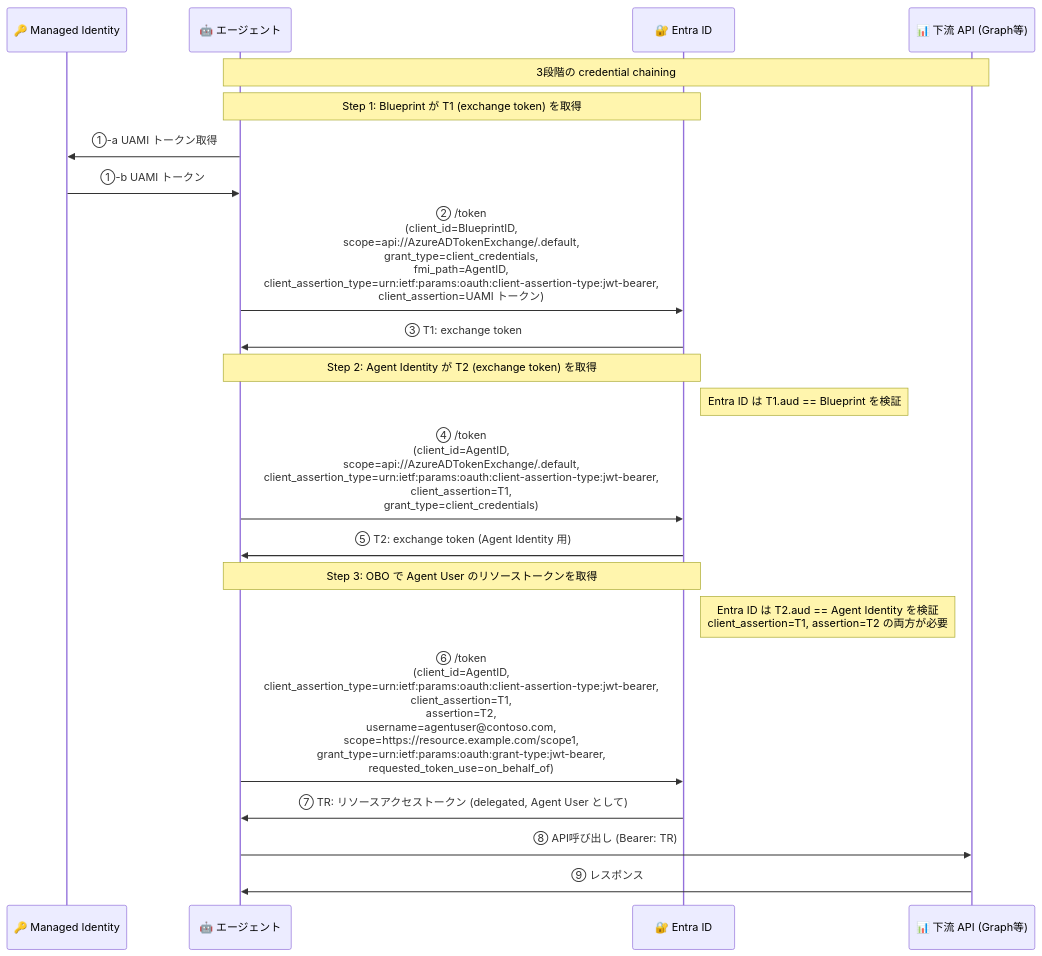
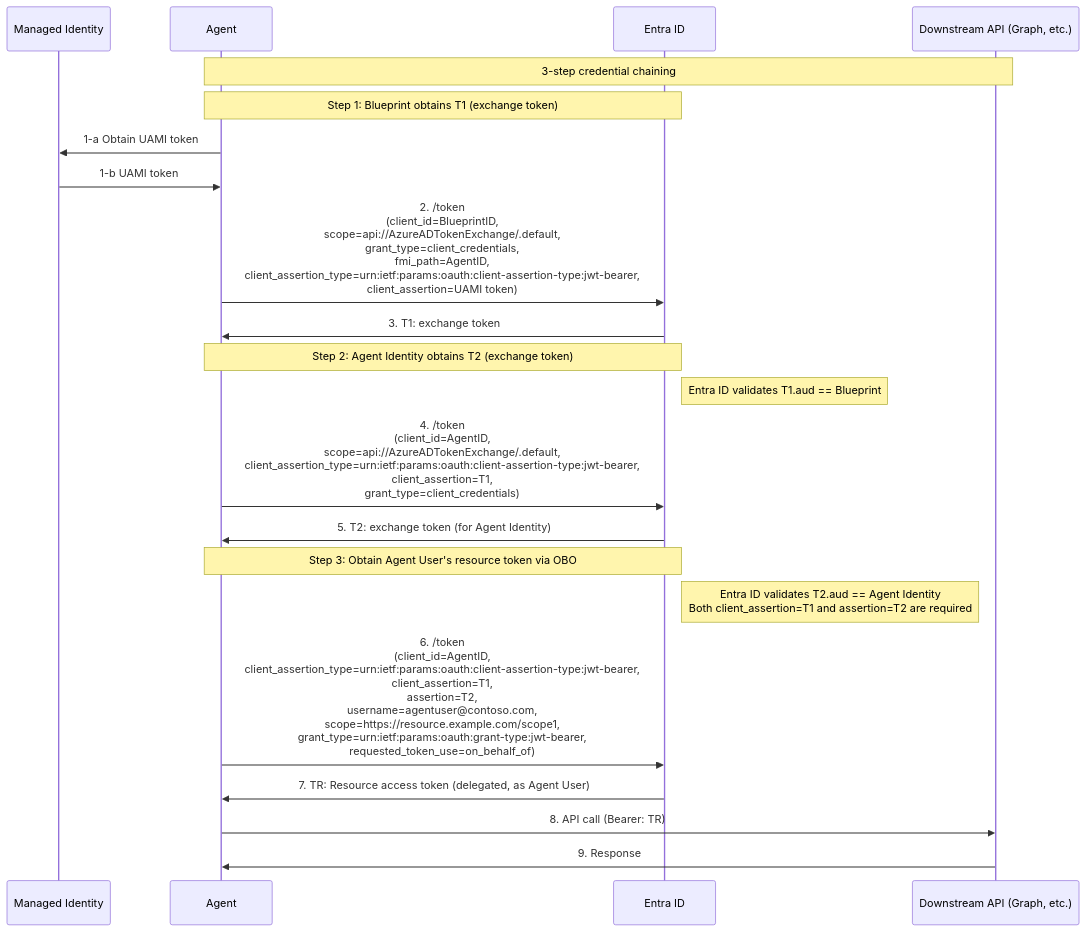
The fifth of 8 diagrams in docs/agent-identity-oauth-flow-comparison.md (shigeyf/entra-agent-id-auth-flow-demo), drawn with Mermaid before and after one commit. The commit also changed other lines of this file and 23 other files, not shown here.

````diff
--- a/docs/agent-identity-oauth-flow-comparison.md
+++ b/docs/agent-identity-oauth-flow-comparison.md
@@ -189,28 +192,28 @@
 ```mermaid
 sequenceDiagram
-    participant MSI as 🔑 Managed Identity
-    participant A as 🤖 エージェント
-    participant E as 🔐 Entra ID
-    participant G as 📊 下流 API (Graph等)
+    participant MSI as Managed Identity
+    participant A as Agent
+    participant E as Entra ID
+    participant G as Downstream API (Graph, etc.)
 
-    Note over A,G: 3段階の credential chaining
+    Note over A,G: 3-step credential chaining
 
-    Note over A,E: Step 1: Blueprint が T1 (exchange token) を取得
-    A->>MSI: ①-a UAMI トークン取得
-    MSI->>A: ①-b UAMI トークン
-    A->>E: ② /token<br/>(client_id=BlueprintID,<br/>scope=api://AzureADTokenExchange/.default,<br/>grant_type=client_credentials,<br/>fmi_path=AgentID,<br/>client_assertion_type=urn:ietf:params:oauth:client-assertion-type:jwt-bearer,<br/>client_assertion=UAMI トークン)
-    E->>A: ③ T1: exchange token
+    Note over A,E: Step 1: Blueprint obtains T1 (exchange token)
+    A->>MSI: 1-a Obtain UAMI token
+    MSI->>A: 1-b UAMI token
+    A->>E: 2. /token<br/>(client_id=BlueprintID,<br/>scope=api://AzureADTokenExchange/.default,<br/>grant_type=client_credentials,<br/>fmi_path=AgentID,<br/>client_assertion_type=urn:ietf:params:oauth:client-assertion-type:jwt-bearer,<br/>client_assertion=UAMI token)
+    E->>A: 3. T1: exchange token
 
-    Note over A,E: Step 2: Agent Identity が T2 (exchange token) を取得
-    Note right of E: Entra ID は T1.aud == Blueprint を検証
-    A->>E: ④ /token<br/>(client_id=AgentID,<br/>scope=api://AzureADTokenExchange/.default,<br/>client_assertion_type=urn:ietf:params:oauth:client-assertion-type:jwt-bearer,<br/>client_assertion=T1,<br/>grant_type=client_credentials)
-    E->>A: ⑤ T2: exchange token (Agent Identity 用)
+    Note over A,E: Step 2: Agent Identity obtains T2 (exchange token)
+    Note right of E: Entra ID validates T1.aud == Blueprint
+    A->>E: 4. /token<br/>(client_id=AgentID,<br/>scope=api://AzureADTokenExchange/.default,<br/>client_assertion_type=urn:ietf:params:oauth:client-assertion-type:jwt-bearer,<br/>client_assertion=T1,<br/>grant_type=client_credentials)
+    E->>A: 5. T2: exchange token (for Agent Identity)
 
-    Note over A,E: Step 3: OBO で Agent User のリソーストークンを取得
-    Note right of E: Entra ID は T2.aud == Agent Identity を検証<br/>client_assertion=T1, assertion=T2 の両方が必要
-    A->>E: ⑥ /token<br/>(client_id=AgentID,<br/>client_assertion_type=urn:ietf:params:oauth:client-assertion-type:jwt-bearer,<br/>client_assertion=T1,<br/>assertion=T2,<br/>username=agentuser@contoso.com,<br/>scope=https://resource.example.com/scope1,<br/>grant_type=urn:ietf:params:oauth:grant-type:jwt-bearer,<br/>requested_token_use=on_behalf_of)
-    E->>A: ⑦ TR: リソースアクセストークン (delegated, Agent User として)
+    Note over A,E: Step 3: Obtain Agent User's resource token via OBO
+    Note right of E: Entra ID validates T2.aud == Agent Identity<br/>Both client_assertion=T1 and assertion=T2 are required
+    A->>E: 6. /token<br/>(client_id=AgentID,<br/>client_assertion_type=urn:ietf:params:oauth:client-assertion-type:jwt-bearer,<br/>client_assertion=T1,<br/>assertion=T2,<br/>username=agentuser@contoso.com,<br/>scope=https://resource.example.com/scope1,<br/>grant_type=urn:ietf:params:oauth:grant-type:jwt-bearer,<br/>requested_token_use=on_behalf_of)
+    E->>A: 7. TR: Resource access token (delegated, as Agent User)
 
-    A->>G: ⑧ API呼び出し (Bearer: TR)
-    G->>A: ⑨ レスポンス
+    A->>G: 8. API call (Bearer: TR)
+    G->>A: 9. Response
 ```
````
